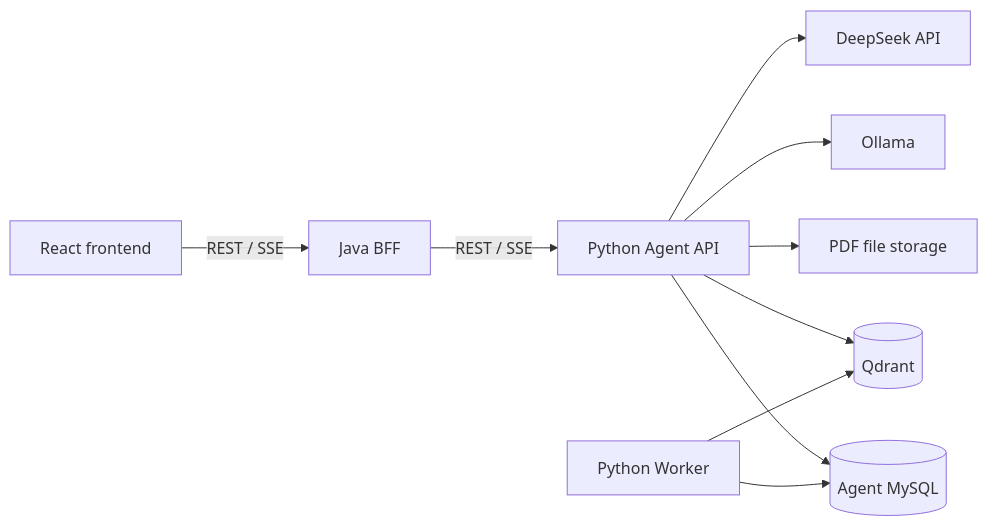
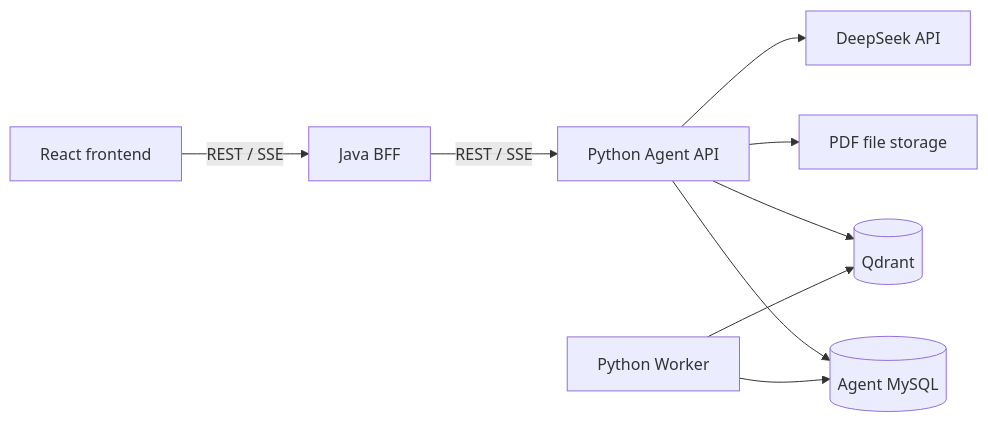
One commit to Liumy1212/ScholarAgent changed the diagram in docs/architecture.md. Above: the diagram before and after it, drawn with Mermaid. The commit also changed other lines of this file and 111 other files, not shown here.

````diff
--- a/docs/architecture.md
+++ b/docs/architecture.md
@@ -25,12 +25,11 @@
 ```mermaid
 flowchart LR
     React[React frontend] -->|REST / SSE| Java[Java BFF]
     Java -->|REST / SSE| Agent[Python Agent API]
     Agent --> MySQL[(Agent MySQL)]
     Agent --> Files[PDF file storage]
     Agent --> Qdrant[(Qdrant)]
-    Agent --> Ollama[Ollama]
     Agent --> DeepSeek[DeepSeek API]
     Worker[Python Worker] --> MySQL
     Worker --> Qdrant
 ```
````
